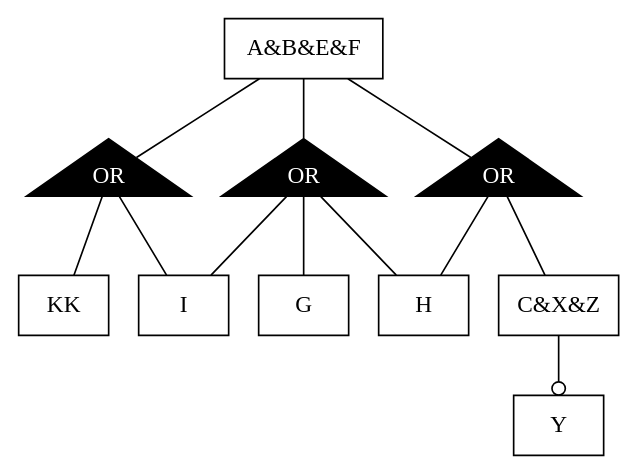
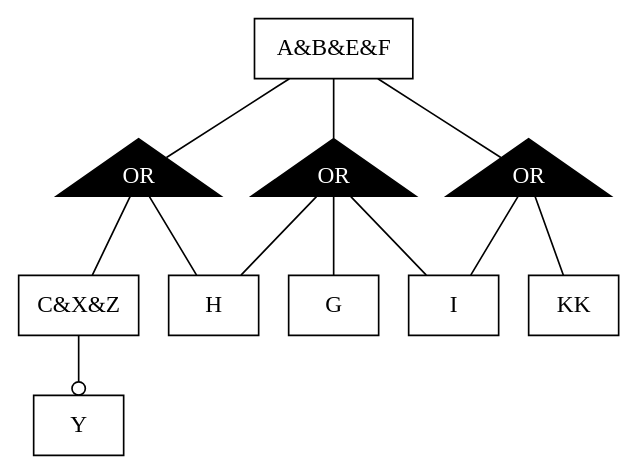
One commit to FAMILIAR-project/familiar-language changed the diagram in FAMILIAR/output/fm1.dot. Above: the diagram before and after it, drawn with Graphviz. The commit also changed 1047 other files, not shown here.

```diff
--- a/FAMILIAR/output/fm1.dot
+++ b/FAMILIAR/output/fm1.dot
@@ -1,26 +1,26 @@
 digraph fm {
 graph [rankdir=TB];
 node [shape=box];
 edge [arrowhead=normal];
 92[label="C&X&Z",]
 93[label="A&B&E&F",]
 94[label="I",]
 95[label="H",]
 97[label="Y",]
 98[label="KK",]
 100[label="G",]
 102[label="OR",shape="triangle",style="filled",color="black",fontcolor="white"]
 93->102[arrowhead=none];
 102->94[arrowhead=none];
 102->98[arrowhead=none];
 103[label="OR",shape="triangle",style="filled",color="black",fontcolor="white"]
 93->103[arrowhead=none];
-103->94[arrowhead=none];
+103->92[arrowhead=none];
 103->95[arrowhead=none];
-103->100[arrowhead=none];
+92->97[arrowhead=odot];
 104[label="OR",shape="triangle",style="filled",color="black",fontcolor="white"]
 93->104[arrowhead=none];
-104->92[arrowhead=none];
+104->94[arrowhead=none];
 104->95[arrowhead=none];
-92->97[arrowhead=odot];
+104->100[arrowhead=none];
 }
```
